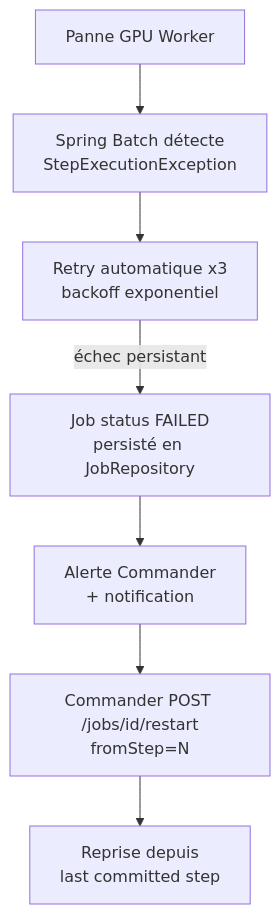
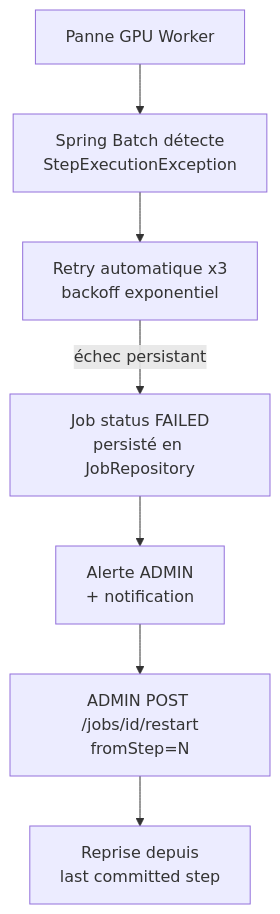
One commit to jeanyvesruffin/STARWAVE changed the eighth of 8 diagrams in docs/STARWAVE_DAT.md. Above: the diagram before and after it, drawn with Mermaid. The commit also changed other lines of this file and 3 other files, not shown here.

````diff
--- a/docs/STARWAVE_DAT.md
+++ b/docs/STARWAVE_DAT.md
@@ -491,9 +491,9 @@
 ```mermaid
 graph TD
     A[Panne GPU Worker] --> B[Spring Batch détecte\nStepExecutionException]
     B --> C[Retry automatique x3\nbackoff exponentiel]
     C -->|échec persistant| D[Job status FAILED\npersisté en JobRepository]
-    D --> E[Alerte Commander\n+ notification]
-    E --> F[Commander POST /jobs/id/restart\nfromStep=N]
+    D --> E[Alerte ADMIN\n+ notification]
+    E --> F[ADMIN POST /jobs/id/restart\nfromStep=N]
     F --> G[Reprise depuis\nlast committed step]
 ```
````
